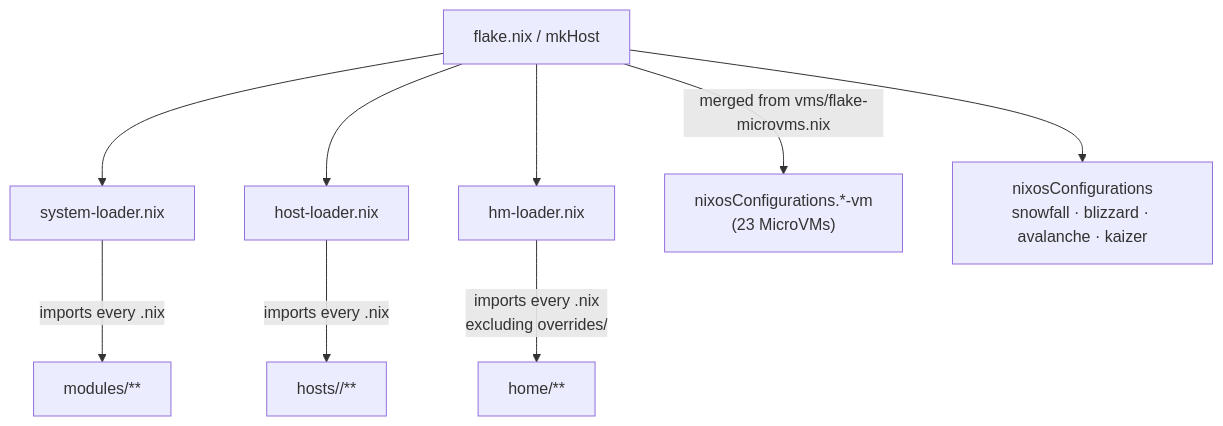
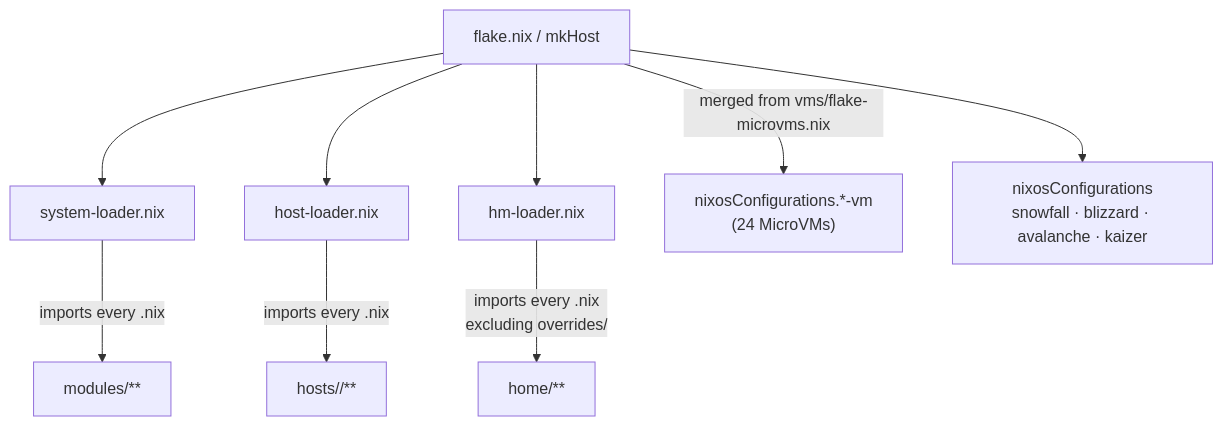
One commit to telometto/nix-config changed the first of 10 diagrams in docs/Project_Architecture_Blueprint.md. Above: the diagram before and after it, drawn with Mermaid. The commit also changed other lines of this file and 13 other files, not shown here.

````diff
--- a/docs/Project_Architecture_Blueprint.md
+++ b/docs/Project_Architecture_Blueprint.md
@@ -22,11 +22,11 @@
 ```mermaid
 flowchart TD
     F[flake.nix / mkHost] --> SL[system-loader.nix]
     F --> HL[host-loader.nix]
     F --> HML[hm-loader.nix]
     SL -->|"imports every .nix"| MOD["modules/**"]
     HL -->|"imports every .nix"| HOST["hosts/<hostname>/**"]
     HML -->|"imports every .nix\nexcluding overrides/"| HOME["home/**"]
-    F -->|merged from vms/flake-microvms.nix| VMS["nixosConfigurations.*-vm\n(23 MicroVMs)"]
+    F -->|merged from vms/flake-microvms.nix| VMS["nixosConfigurations.*-vm\n(24 MicroVMs)"]
     F --> HOSTS["nixosConfigurations\nsnowfall · blizzard · avalanche · kaizer"]
 ```
````
